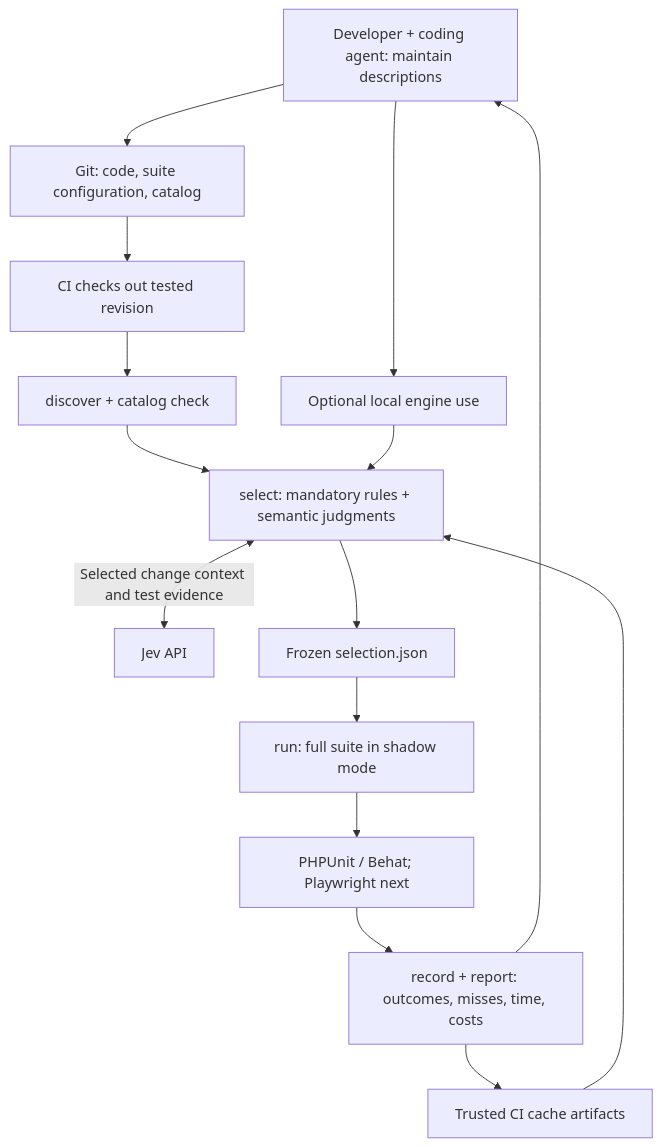
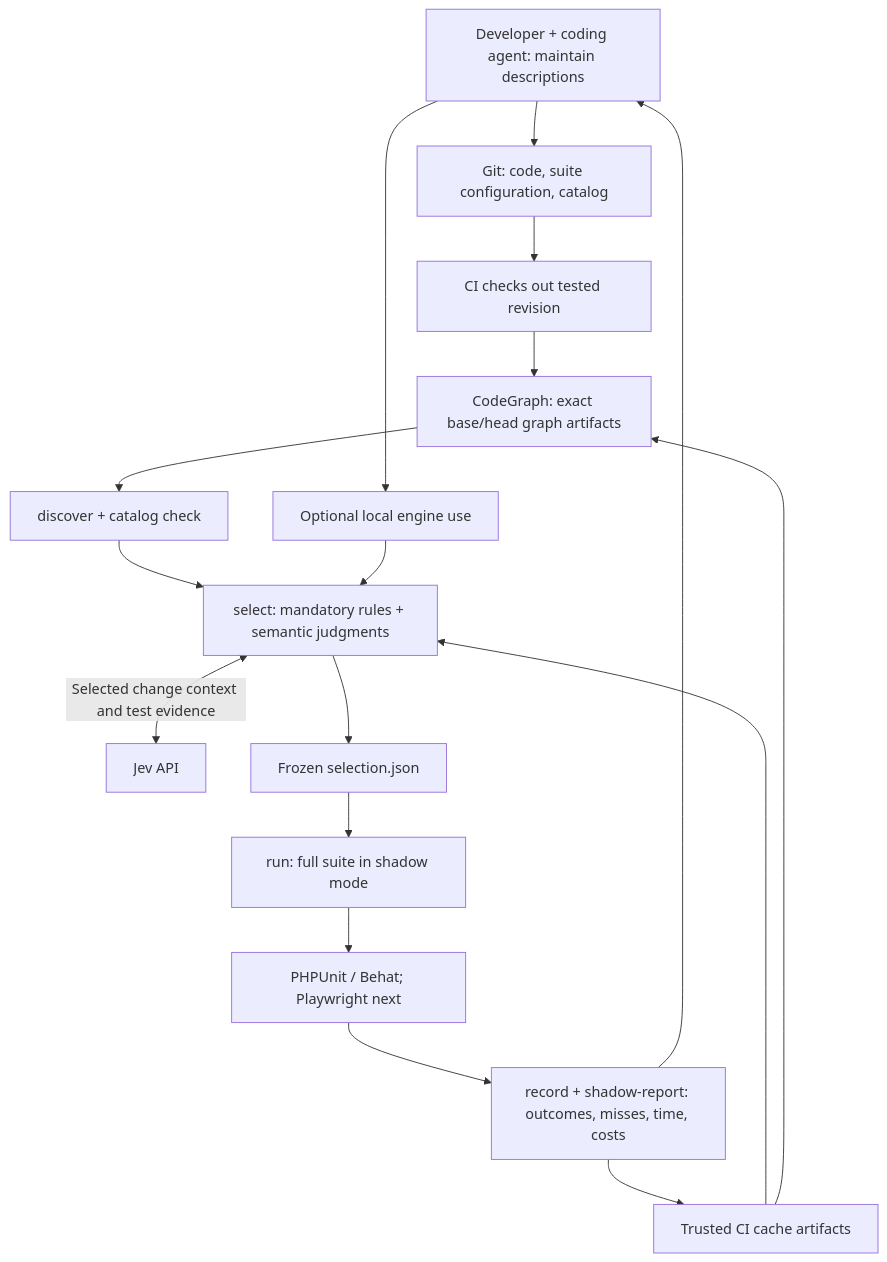
The diagram in PLAN.md (ronaldtebrake/faultline), drawn with Mermaid before and after one commit. The commit also changed other lines of this file and 4 other files, not shown here.

Commit message:
Document CodeGraph architecture and installation

````diff
--- a/PLAN.md
+++ b/PLAN.md
@@ -13,17 +13,19 @@
 ```mermaid
 flowchart TD
     DEV["Developer + coding agent: maintain descriptions"] --> GIT["Git: code, suite configuration, catalog"]
     GIT --> CI["CI checks out tested revision"]
-    CI --> DISC["discover + catalog check"]
+    CI --> GRAPH["CodeGraph: exact base/head graph artifacts"]
+    GRAPH --> DISC["discover + catalog check"]
     DEV --> LOCAL["Optional local engine use"]
     DISC --> SELECT["select: mandatory rules + semantic judgments"]
     LOCAL --> SELECT
     SELECT <-->|"Selected change context and test evidence"| JEV["Jev API"]
     STORE["Trusted CI cache artifacts"] --> SELECT
+    STORE --> GRAPH
     SELECT --> FROZEN["Frozen selection.json"]
     FROZEN --> RUN["run: full suite in shadow mode"]
     RUN --> RUNNERS["PHPUnit / Behat; Playwright next"]
-    RUNNERS --> REPORT["record + report: outcomes, misses, time, costs"]
+    RUNNERS --> REPORT["record + shadow-report: outcomes, misses, time, costs"]
     REPORT --> STORE
     REPORT --> DEV
 ```
````
